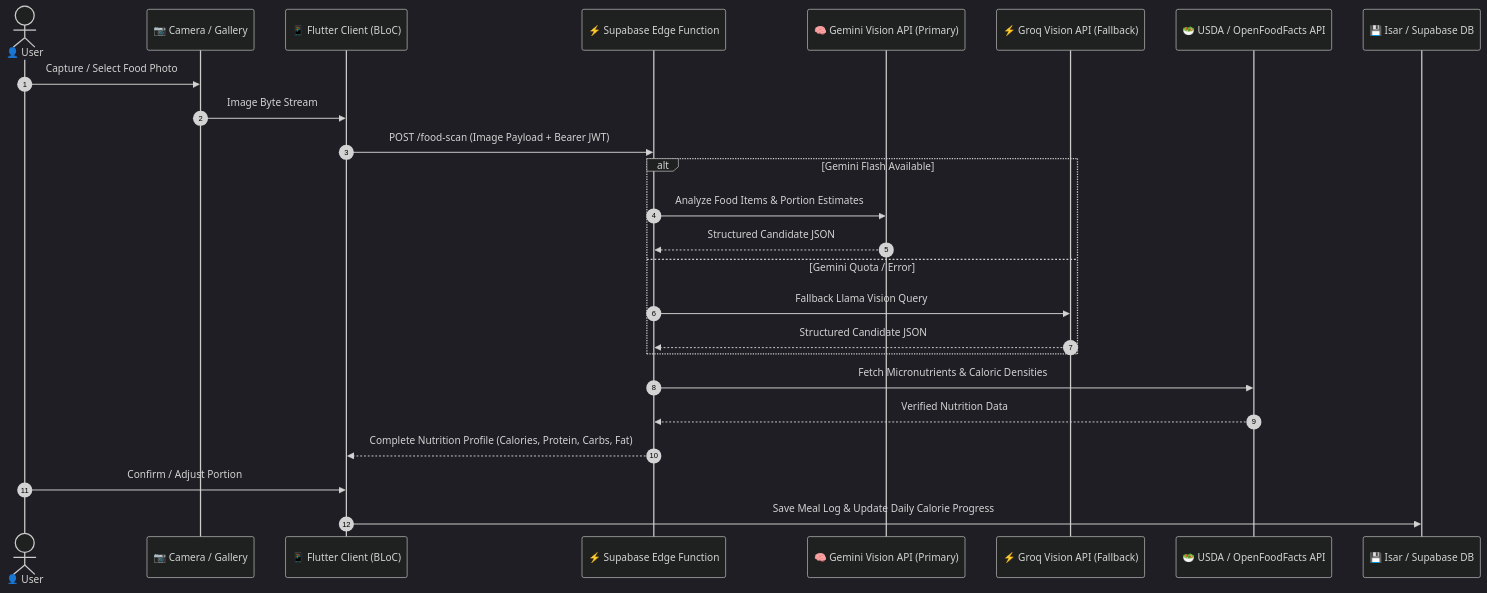
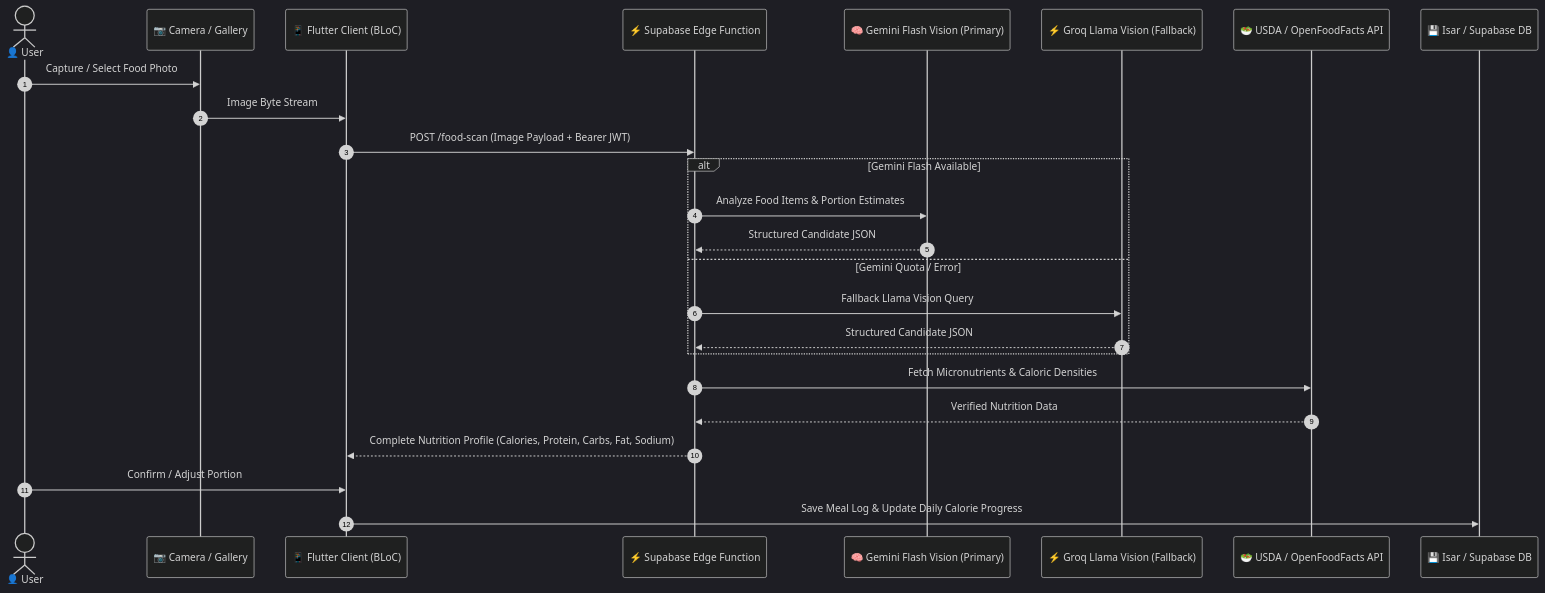
One commit to TarunTalan/vital_up changed the third of 4 diagrams in README.md. Above: the diagram before and after it, drawn with Mermaid (dark theme). The commit also changed other lines of this file and 39 other files, not shown here.

````diff
--- a/README.md
+++ b/README.md
@@ -153,31 +274,31 @@
 ```mermaid
 sequenceDiagram
     autonumber
     actor User as 👤 User
     participant Camera as 📷 Camera / Gallery
     participant App as 📱 Flutter Client (BLoC)
     participant Edge as ⚡ Supabase Edge Function
-    participant Gemini as 🧠 Gemini Vision API (Primary)
-    participant Groq as ⚡ Groq Vision API (Fallback)
+    participant Gemini as 🧠 Gemini Flash Vision (Primary)
+    participant Groq as ⚡ Groq Llama Vision (Fallback)
     participant USDA as 🥗 USDA / OpenFoodFacts API
     participant DB as 💾 Isar / Supabase DB
 
     User->>Camera: Capture / Select Food Photo
     Camera->>App: Image Byte Stream
     App->>Edge: POST /food-scan (Image Payload + Bearer JWT)
     
     alt Gemini Flash Available
         Edge->>Gemini: Analyze Food Items & Portion Estimates
         Gemini-->>Edge: Structured Candidate JSON
     else Gemini Quota / Error
         Edge->>Groq: Fallback Llama Vision Query
         Groq-->>Edge: Structured Candidate JSON
     end
 
     Edge->>USDA: Fetch Micronutrients & Caloric Densities
     USDA-->>Edge: Verified Nutrition Data
-    Edge-->>App: Complete Nutrition Profile (Calories, Protein, Carbs, Fat)
+    Edge-->>App: Complete Nutrition Profile (Calories, Protein, Carbs, Fat, Sodium)
     
     User->>App: Confirm / Adjust Portion
     App->>DB: Save Meal Log & Update Daily Calorie Progress
 ```
````
